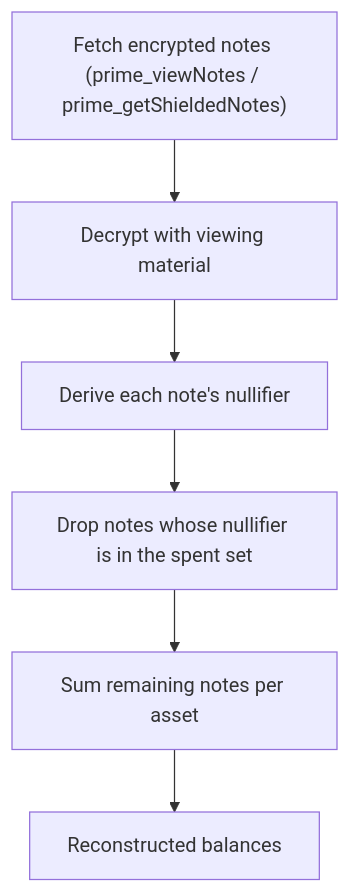
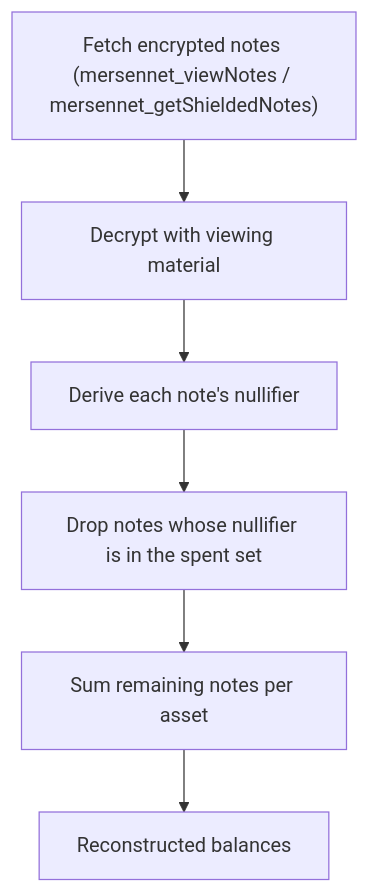
Before and after one commit to mersennet/docs: the diagram in src/content/docs/privacy/note-scanning.md, drawn with Mermaid. The commit also changed other lines of this file and 71 other files, not shown here.

Commit message:
rename: complete Prime -> Mersennet brand sweep

````diff
--- a/src/content/docs/privacy/note-scanning.md
+++ b/src/content/docs/privacy/note-scanning.md
@@ -10,8 +10,8 @@
 ```mermaid
 flowchart TD
-  Fetch["Fetch encrypted notes (prime_viewNotes / prime_getShieldedNotes)"] --> Decrypt["Decrypt with viewing material"]
+  Fetch["Fetch encrypted notes (mersennet_viewNotes / mersennet_getShieldedNotes)"] --> Decrypt["Decrypt with viewing material"]
   Decrypt --> Derive["Derive each note's nullifier"]
   Derive --> Filter["Drop notes whose nullifier is in the spent set"]
   Filter --> Sum["Sum remaining notes per asset"]
   Sum --> Balance["Reconstructed balances"]
 ```
````
